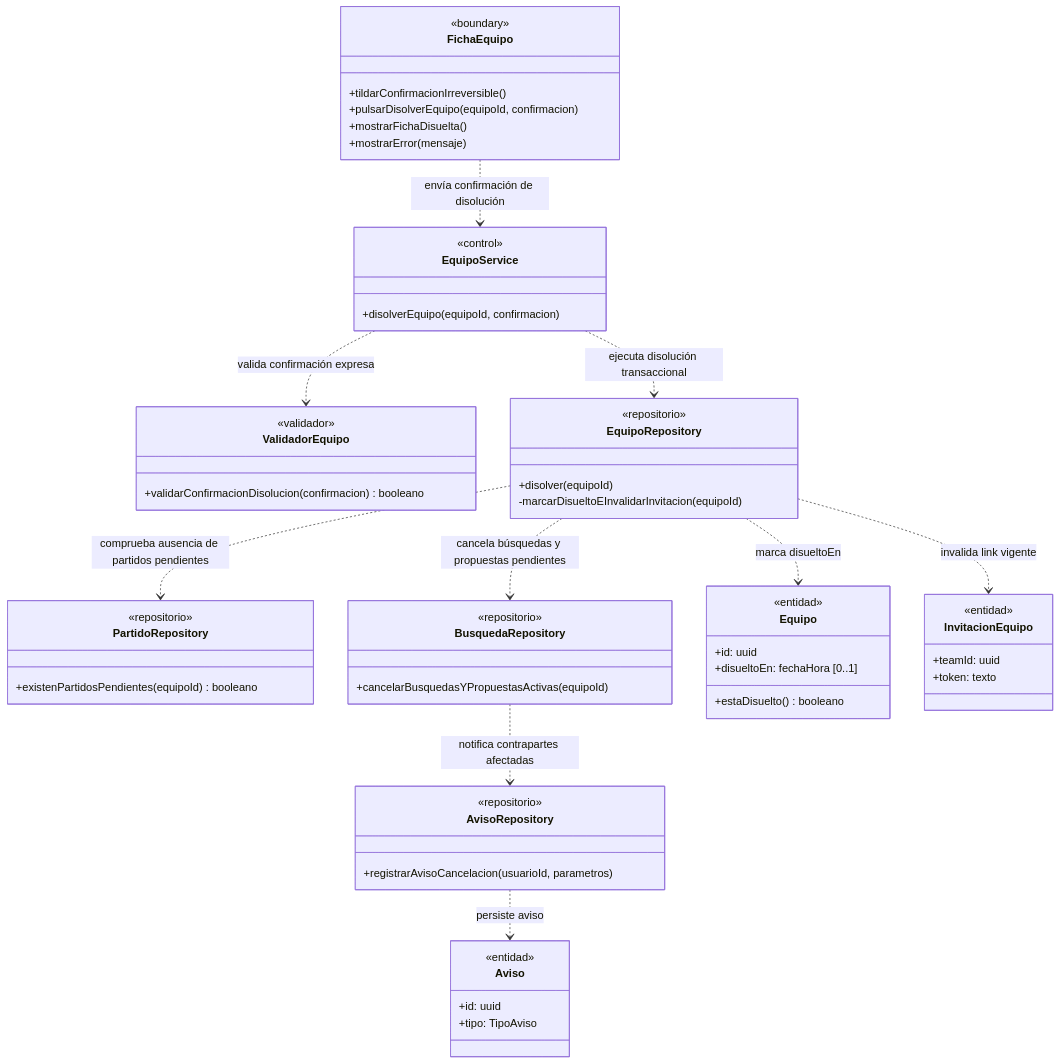
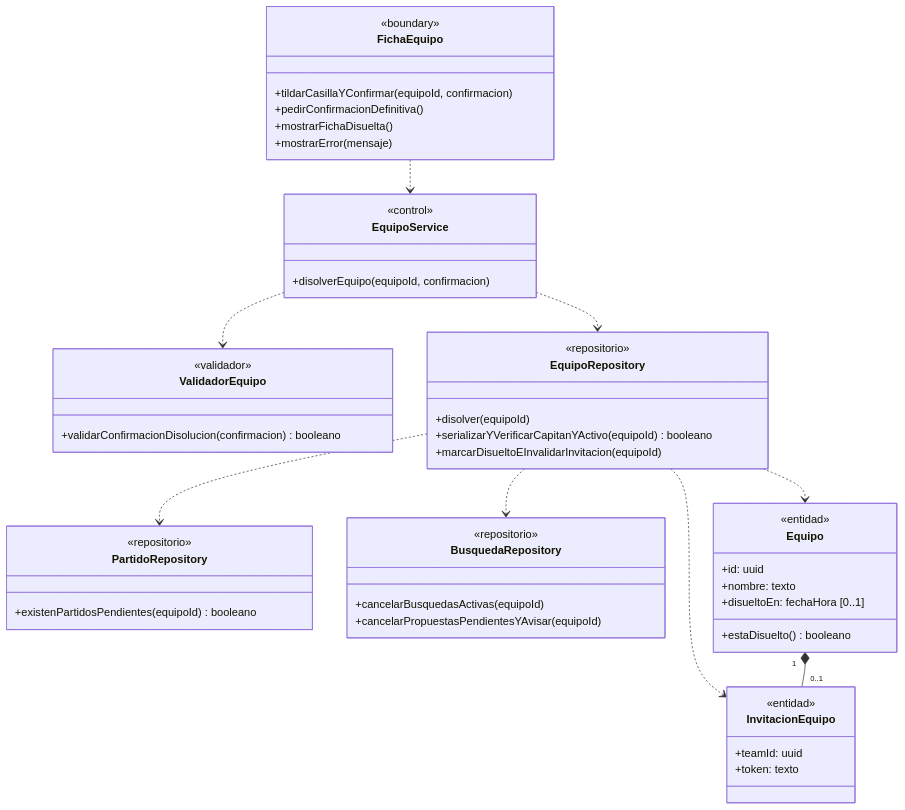
One commit to nicqletal/torneos-scraper changed the tenth of 11 diagrams in docs/diagramas-de-clase/equipos.md. Above: the diagram before and after it, drawn with Mermaid. The commit also changed other lines of this file and 13 other files, not shown here.

````diff
--- a/docs/diagramas-de-clase/equipos.md
+++ b/docs/diagramas-de-clase/equipos.md
@@ -602,61 +692,53 @@
 ```mermaid
 classDiagram
-direction TB
 class FichaEquipo {
   <<boundary>>
-  +tildarConfirmacionIrreversible()
-  +pulsarDisolverEquipo(equipoId, confirmacion)
+  +tildarCasillaYConfirmar(equipoId, confirmacion)
+  +pedirConfirmacionDefinitiva()
   +mostrarFichaDisuelta()
   +mostrarError(mensaje)
 }
 class EquipoService {
   <<control>>
   +disolverEquipo(equipoId, confirmacion)
 }
 class ValidadorEquipo {
   <<validador>>
   +validarConfirmacionDisolucion(confirmacion) booleano
 }
 class EquipoRepository {
   <<repositorio>>
   +disolver(equipoId)
-  -marcarDisueltoEInvalidarInvitacion(equipoId)
+  +serializarYVerificarCapitanYActivo(equipoId) booleano
+  +marcarDisueltoEInvalidarInvitacion(equipoId)
 }
 class PartidoRepository {
   <<repositorio>>
   +existenPartidosPendientes(equipoId) booleano
 }
 class BusquedaRepository {
   <<repositorio>>
-  +cancelarBusquedasYPropuestasActivas(equipoId)
-}
-class AvisoRepository {
-  <<repositorio>>
-  +registrarAvisoCancelacion(usuarioId, parametros)
+  +cancelarBusquedasActivas(equipoId)
+  +cancelarPropuestasPendientesYAvisar(equipoId)
 }
 class Equipo {
   <<entidad>>
   +id: uuid
+  +nombre: texto
   +disueltoEn: fechaHora [0..1]
   +estaDisuelto() booleano
 }
 class InvitacionEquipo {
   <<entidad>>
   +teamId: uuid
   +token: texto
 }
-class Aviso {
-  <<entidad>>
-  +id: uuid
-  +tipo: TipoAviso
-}
-FichaEquipo ..> EquipoService : envía confirmación de disolución
-EquipoService ..> ValidadorEquipo : valida confirmación expresa
-EquipoService ..> EquipoRepository : ejecuta disolución transaccional
-EquipoRepository ..> PartidoRepository : comprueba ausencia de partidos pendientes
-EquipoRepository ..> BusquedaRepository : cancela búsquedas y propuestas pendientes
-BusquedaRepository ..> AvisoRepository : notifica contrapartes afectadas
-AvisoRepository ..> Aviso : persiste aviso
-EquipoRepository ..> Equipo : marca disueltoEn
-EquipoRepository ..> InvitacionEquipo : invalida link vigente
+FichaEquipo ..> EquipoService
+EquipoService ..> ValidadorEquipo
+EquipoService ..> EquipoRepository
+EquipoRepository ..> PartidoRepository
+EquipoRepository ..> BusquedaRepository
+EquipoRepository ..> Equipo
+EquipoRepository ..> InvitacionEquipo
+Equipo "1" *-- "0..1" InvitacionEquipo
 ```
````
